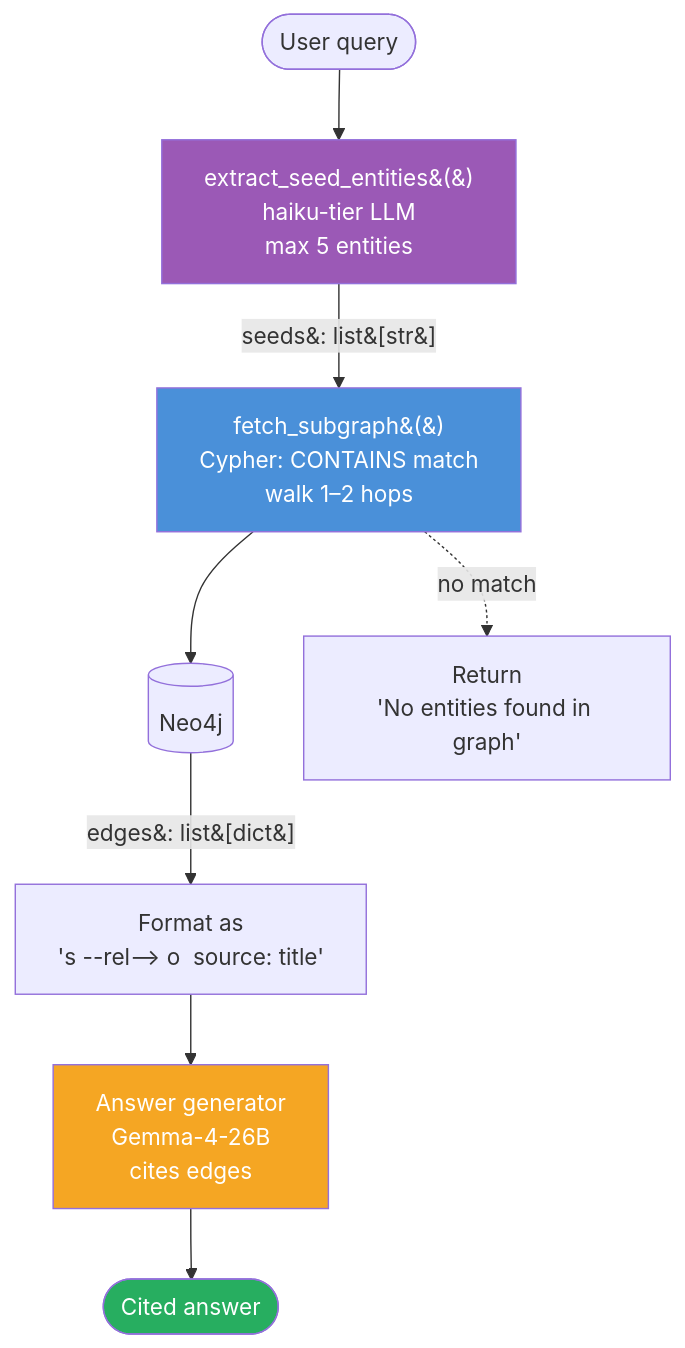
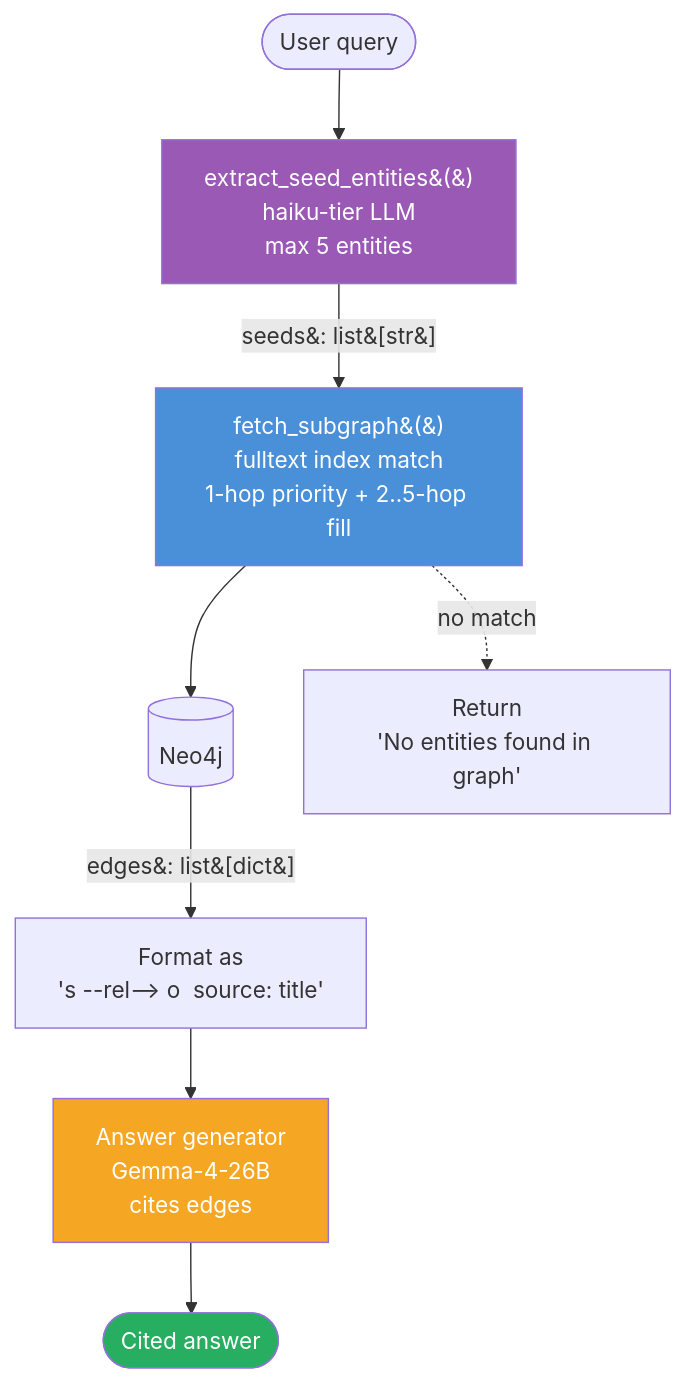
One commit to shaneliuyx/agent-development-curriculum changed the second of 2 diagrams in Week 2.5 - GraphRAG.md. Above: the diagram before and after it, drawn with Mermaid. The commit also changed other lines of this file, not shown here.

First line of the commit message:
docs(W2.5): v23 results, BP 23, code sync — eval ALL=0.80 multi_hop=0.65

````diff
--- a/Week 2.5 - GraphRAG.md
+++ b/Week 2.5 - GraphRAG.md
@@ -102,16 +102,16 @@
 ```mermaid
 flowchart TD
     Q([User query]) --> SEED[extract_seed_entities&#40;&#41;<br/>haiku-tier LLM<br/>max 5 entities]
-    SEED -->|seeds&#58; list&#91;str&#93;| FETCH[fetch_subgraph&#40;&#41;<br/>Cypher: CONTAINS match<br/>walk 1–2 hops]
+    SEED -->|seeds&#58; list&#91;str&#93;| FETCH[fetch_subgraph&#40;&#41;<br/>fulltext index match<br/>1-hop priority + 2..5-hop fill]
     FETCH --> NEO4J[(Neo4j)]
     NEO4J -->|edges&#58; list&#91;dict&#93;| FORMAT[Format as<br/>'s --rel--> o&nbsp;&nbsp;source: title']
     FORMAT --> GEN[Answer generator<br/>Gemma-4-26B<br/>cites edges]
     GEN --> OUT([Cited answer])
 
     FETCH -.no match.-> EMPTY[Return<br/>'No entities found in graph']
 
     style SEED fill:#9b59b6,color:#fff
     style FETCH fill:#4a90d9,color:#fff
     style GEN fill:#f5a623,color:#fff
     style OUT fill:#27ae60,color:#fff
 ```
````
